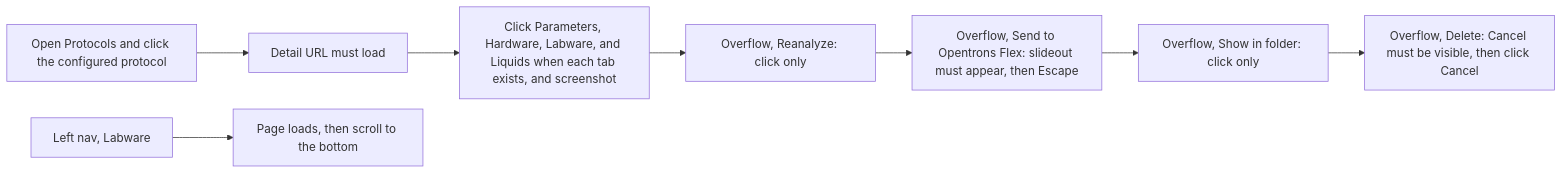
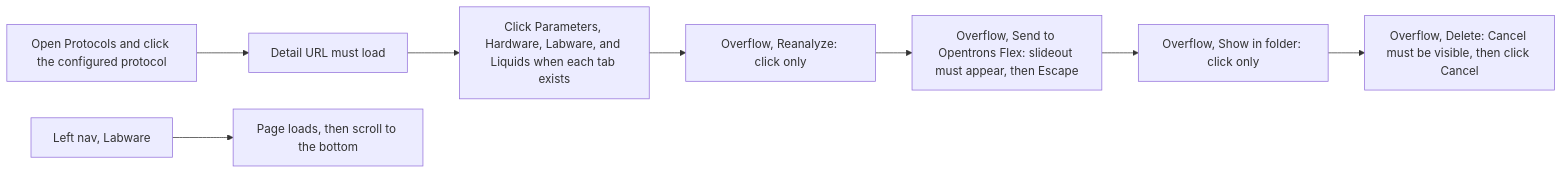
One commit to Opentrons/AppE2E changed the eighth of 12 diagrams in TEST_FLOWS_APP.md. Above: the diagram before and after it, drawn with Mermaid. The commit also changed other lines of this file and 33 other files, not shown here.

Commit message:
We are removing all screenshots that are unnecessary per the new architecture

````diff
--- a/TEST_FLOWS_APP.md
+++ b/TEST_FLOWS_APP.md
@@ -200,10 +200,10 @@
 ```mermaid
 flowchart LR
   list["Open Protocols and click the configured protocol"] --> url["Detail URL must load"]
-  url --> tabs["Click Parameters, Hardware, Labware, and Liquids when each tab exists, and screenshot"]
+  url --> tabs["Click Parameters, Hardware, Labware, and Liquids when each tab exists"]
   tabs --> re["Overflow, Reanalyze: click only"]
   re --> send["Overflow, Send to Opentrons Flex: slideout must appear, then Escape"]
   send --> folder["Overflow, Show in folder: click only"]
   folder --> del["Overflow, Delete: Cancel must be visible, then click Cancel"]
   lab["Left nav, Labware"] --> scroll["Page loads, then scroll to the bottom"]
 ```
````
